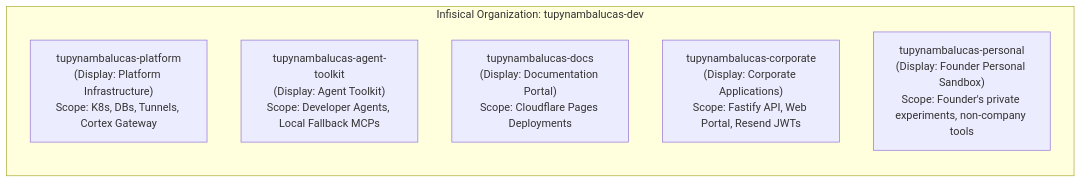
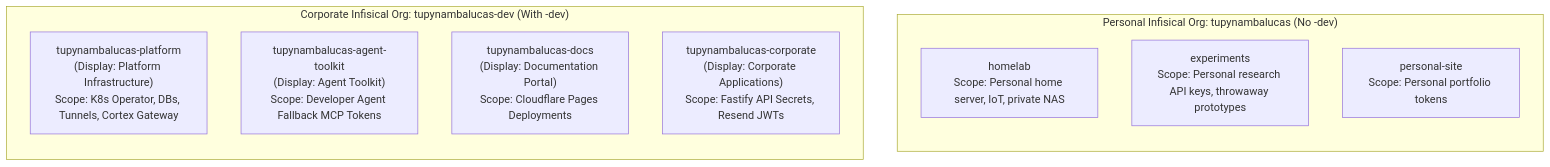
One commit to tupynambalucas-dev/.github changed the second of 3 diagrams in .agents/plans/enterprise-identity-and-multi-platform-nomenclature-master-plan.md. Above: the diagram before and after it, drawn with Mermaid. The commit also changed other lines of this file, not shown here.

Commit message:
docs(plans): formalize dual-tenant account isolation and email topology

````diff
--- a/.agents/plans/enterprise-identity-and-multi-platform-nomenclature-master-plan.md
+++ b/.agents/plans/enterprise-identity-and-multi-platform-nomenclature-master-plan.md
@@ -119,11 +125,17 @@
 ```mermaid
-flowchart LR
-  subgraph InfisicalTenant ["Infisical Organization: tupynambalucas-dev"]
+flowchart TD
+  subgraph InfisicalPersonal ["Personal Infisical Org: tupynambalucas (No -dev)"]
     direction TB
-    P_Platform["tupynambalucas-platform<br/>(Display: Platform Infrastructure)<br/>Scope: K8s, DBs, Tunnels, Cortex Gateway"]
-    P_Toolkit["tupynambalucas-agent-toolkit<br/>(Display: Agent Toolkit)<br/>Scope: Developer Agents, Local Fallback MCPs"]
-    P_Docs["tupynambalucas-docs<br/>(Display: Documentation Portal)<br/>Scope: Cloudflare Pages Deployments"]
-    P_Corporate["tupynambalucas-corporate<br/>(Display: Corporate Applications)<br/>Scope: Fastify API, Web Portal, Resend JWTs"]
-    P_Personal["tupynambalucas-personal<br/>(Display: Founder Personal Sandbox)<br/>Scope: Founder's private experiments, non-company tools"]
+    P_Home["homelab<br/>Scope: Personal home server, IoT, private NAS"]
+    P_Exp["experiments<br/>Scope: Personal research API keys, throwaway prototypes"]
+    P_Site["personal-site<br/>Scope: Personal portfolio tokens"]
+  end
+
+  subgraph InfisicalCorp ["Corporate Infisical Org: tupynambalucas-dev (With -dev)"]
+    direction TB
+    C_Platform["tupynambalucas-platform<br/>(Display: Platform Infrastructure)<br/>Scope: K8s Operator, DBs, Tunnels, Cortex Gateway"]
+    C_Toolkit["tupynambalucas-agent-toolkit<br/>(Display: Agent Toolkit)<br/>Scope: Developer Agent Fallback MCP Tokens"]
+    C_Docs["tupynambalucas-docs<br/>(Display: Documentation Portal)<br/>Scope: Cloudflare Pages Deployments"]
+    C_Corp["tupynambalucas-corporate<br/>(Display: Corporate Applications)<br/>Scope: Fastify API Secrets, Resend JWTs"]
   end
 ```
````
